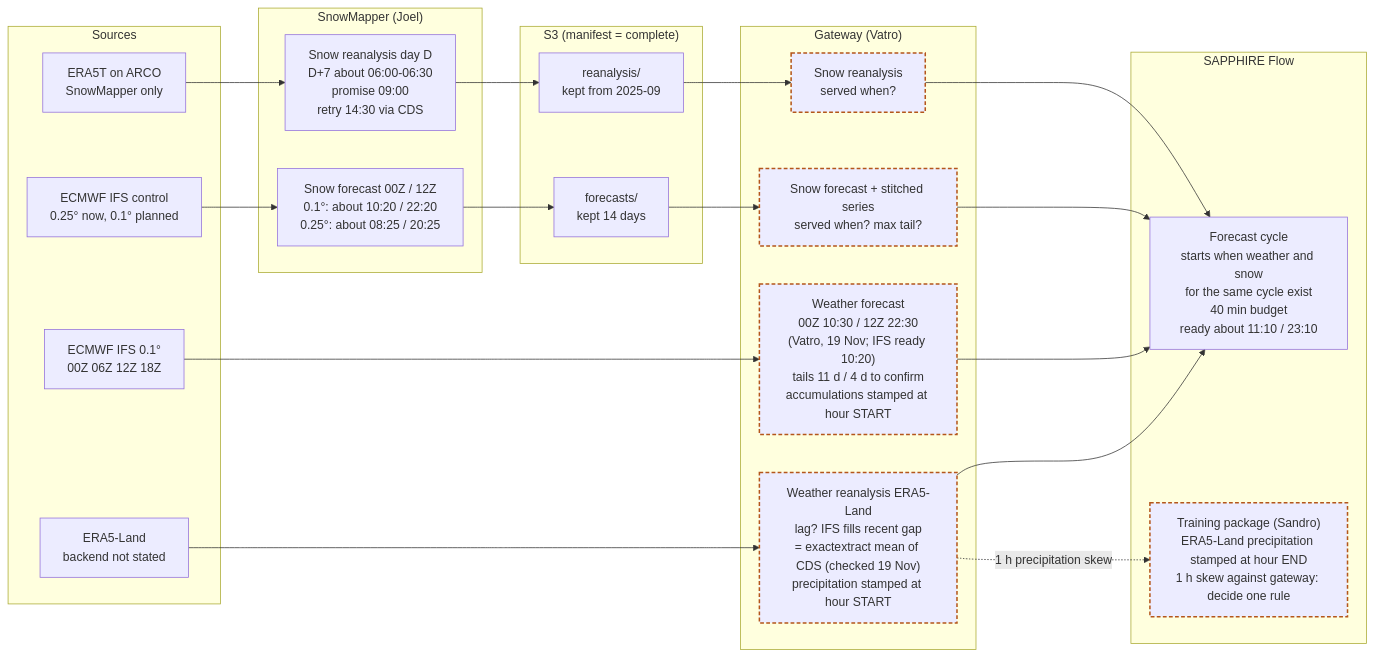
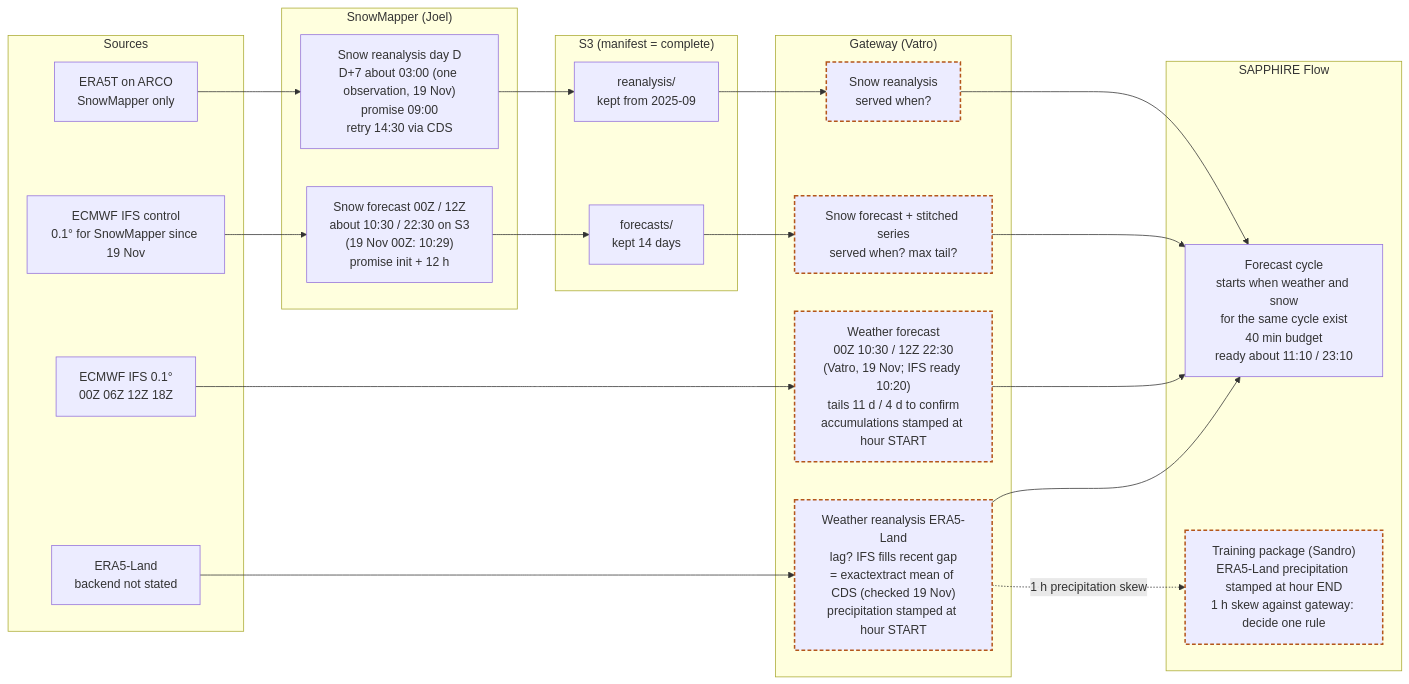
One commit to hydrosolutions/SAPPHIRE_flow changed the diagram in docs/requirements/05-snowmapper-gateway-contract.md. Above: the diagram before and after it, drawn with Mermaid. The commit also changed other lines of this file, not shown here.

Commit message:
docs(05): reconcile diagram with the 0.1° merge; add IFS, training-package and README rows; advance RELEASE_TARGET

````diff
--- a/docs/requirements/05-snowmapper-gateway-contract.md
+++ b/docs/requirements/05-snowmapper-gateway-contract.md
@@ -103,34 +103,34 @@
 ```mermaid
 flowchart LR
   subgraph SRC["Sources"]
     ARCO["ERA5T on ARCO<br/>SnowMapper only"]
-    IFS25["ECMWF IFS control<br/>0.25° now, 0.1° planned"]
+    IFS25["ECMWF IFS control<br/>0.1° for SnowMapper since 19 Nov"]
     IFS["ECMWF IFS 0.1°<br/>00Z 06Z 12Z 18Z"]
     E5L["ERA5-Land<br/>backend not stated"]
   end
   subgraph SM["SnowMapper (Joel)"]
-    SMR["Snow reanalysis day D<br/>D+7 about 06:00-06:30<br/>promise 09:00<br/>retry 14:30 via CDS"]
-    SMF["Snow forecast 00Z / 12Z<br/>0.1°: about 10:20 / 22:20<br/>0.25°: about 08:25 / 20:25"]
+    SMR["Snow reanalysis day D<br/>D+7 about 03:00 (one observation, 19 Nov)<br/>promise 09:00<br/>retry 14:30 via CDS"]
+    SMF["Snow forecast 00Z / 12Z<br/>about 10:30 / 22:30 on S3<br/>(19 Nov 00Z: 10:29)<br/>promise init + 12 h"]
   end
   subgraph S3["S3 (manifest = complete)"]
     S3R["reanalysis/<br/>kept from 2025-09"]
     S3F["forecasts/<br/>kept 14 days"]
   end
   subgraph GW["Gateway (Vatro)"]
     GSR["Snow reanalysis<br/>served when?"]
     GSF["Snow forecast + stitched series<br/>served when? max tail?"]
     GWF["Weather forecast<br/>00Z 10:30 / 12Z 22:30<br/>(Vatro, 19 Nov; IFS ready 10:20)<br/>tails 11 d / 4 d to confirm<br/>accumulations stamped at hour START"]
     GWR["Weather reanalysis ERA5-Land<br/>lag? IFS fills recent gap<br/>= exactextract mean of CDS (checked 19 Nov)<br/>precipitation stamped at hour START"]
   end
   subgraph SAP["SAPPHIRE Flow"]
     TR["Training package (Sandro)<br/>ERA5-Land precipitation stamped at hour END<br/>1 h skew against gateway: decide one rule"]
     FC["Forecast cycle<br/>starts when weather and snow<br/>for the same cycle exist<br/>40 min budget<br/>ready about 11:10 / 23:10"]
   end
   ARCO --> SMR --> S3R --> GSR --> FC
   IFS25 --> SMF --> S3F --> GSF --> FC
   IFS --> GWF --> FC
   E5L --> GWR --> FC
   GWR -.->|"1 h precipitation skew"| TR
   classDef open stroke:#b4561b,stroke-width:2px,stroke-dasharray:5 3
   class GSR,GSF,GWF,GWR,TR open
 ```
````
